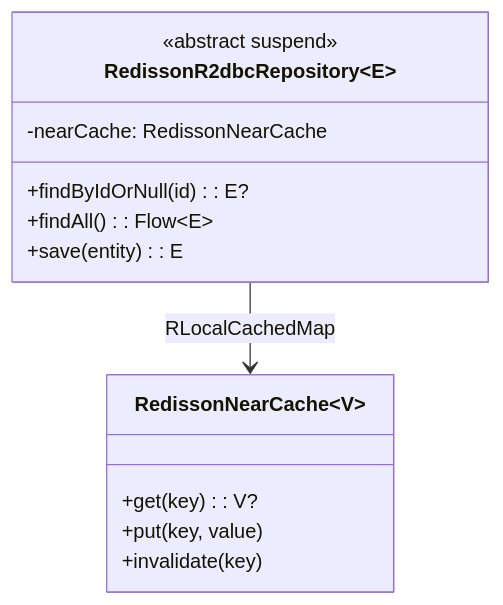
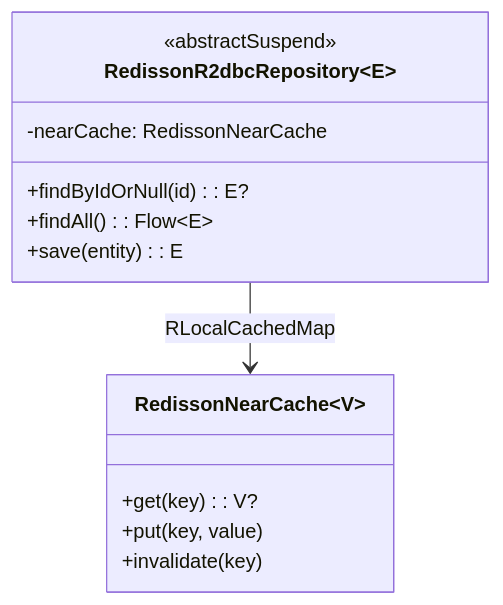
The first of 5 diagrams in data/exposed-r2dbc-redisson/README.md (bluetape4k/bluetape4k-projects), drawn with Mermaid before and after one commit. The commit also changed other lines of this file and 95 other files, not shown here.

First line of the commit message:
docs: Mermaid 파서 오류 전체 수정 (IntelliJ IDEA 호환)

````diff
--- a/data/exposed-r2dbc-redisson/README.md
+++ b/data/exposed-r2dbc-redisson/README.md
@@ -129,22 +129,18 @@
 ```mermaid
 classDiagram
     direction TB
     class RedissonR2dbcRepository~E~ {
-        <<abstract suspend>>
+        <<abstractSuspend>>
         -nearCache: RedissonNearCache
         +findByIdOrNull(id): E?
         +findAll(): Flow~E~
         +save(entity): E
     }
     class RedissonNearCache~V~ {
         +get(key): V?
         +put(key, value)
         +invalidate(key)
     }
     RedissonR2dbcRepository --> RedissonNearCache : RLocalCachedMap
 
-    classDef repoStyle fill:#2196F3
-    classDef cacheStyle fill:#F44336
-    class RedissonR2dbcRepository:::repoStyle
-    class RedissonNearCache:::cacheStyle
 ```
````
